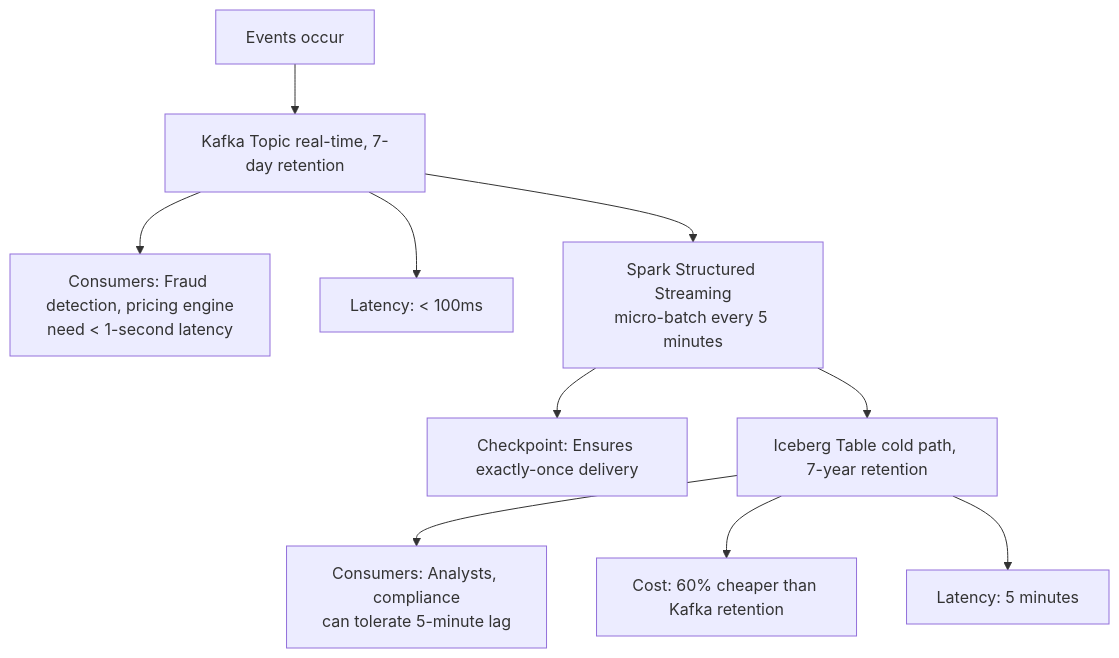
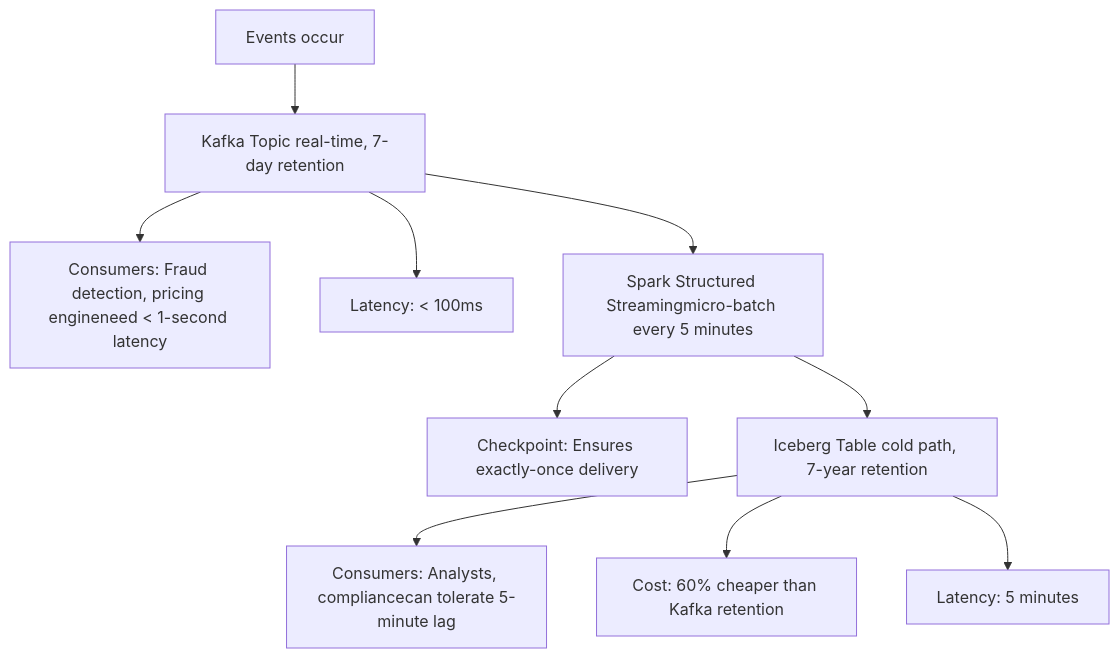
One commit to naren-chakraview/chakraview-fintech-data-mesh changed the first of 5 diagrams in docs/adrs/ADR-0004-real-time.md. Above: the diagram before and after it, drawn with Mermaid. The commit also changed 9 other files, not shown here.

Commit message:
fix: remove HTML br tags from mermaid diagrams and fix diagram syntax for v11 compatibility

````diff
--- a/docs/adrs/ADR-0004-real-time.md
+++ b/docs/adrs/ADR-0004-real-time.md
@@ -29,13 +29,13 @@
 ```mermaid
 graph TD
     A["Events occur"]
     A --> B["Kafka Topic real-time, 7-day retention"]
-    B --> B1["Consumers: Fraud detection, pricing engine<br/>need < 1-second latency"]
+    B --> B1["Consumers: Fraud detection, pricing engineneed < 1-second latency"]
     B --> B2["Latency: < 100ms"]
-    B --> C["Spark Structured Streaming<br/>micro-batch every 5 minutes"]
+    B --> C["Spark Structured Streamingmicro-batch every 5 minutes"]
     C --> C1["Checkpoint: Ensures exactly-once delivery"]
     C --> D["Iceberg Table cold path, 7-year retention"]
-    D --> D1["Consumers: Analysts, compliance<br/>can tolerate 5-minute lag"]
+    D --> D1["Consumers: Analysts, compliancecan tolerate 5-minute lag"]
     D --> D2["Cost: 60% cheaper than Kafka retention"]
     D --> D3["Latency: 5 minutes"]
 ```
````
